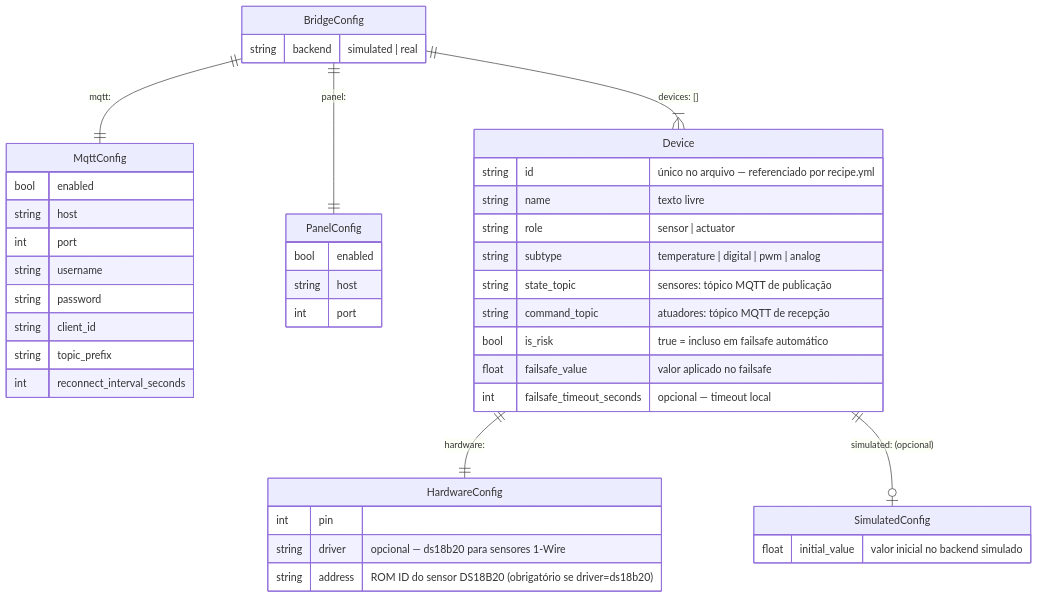
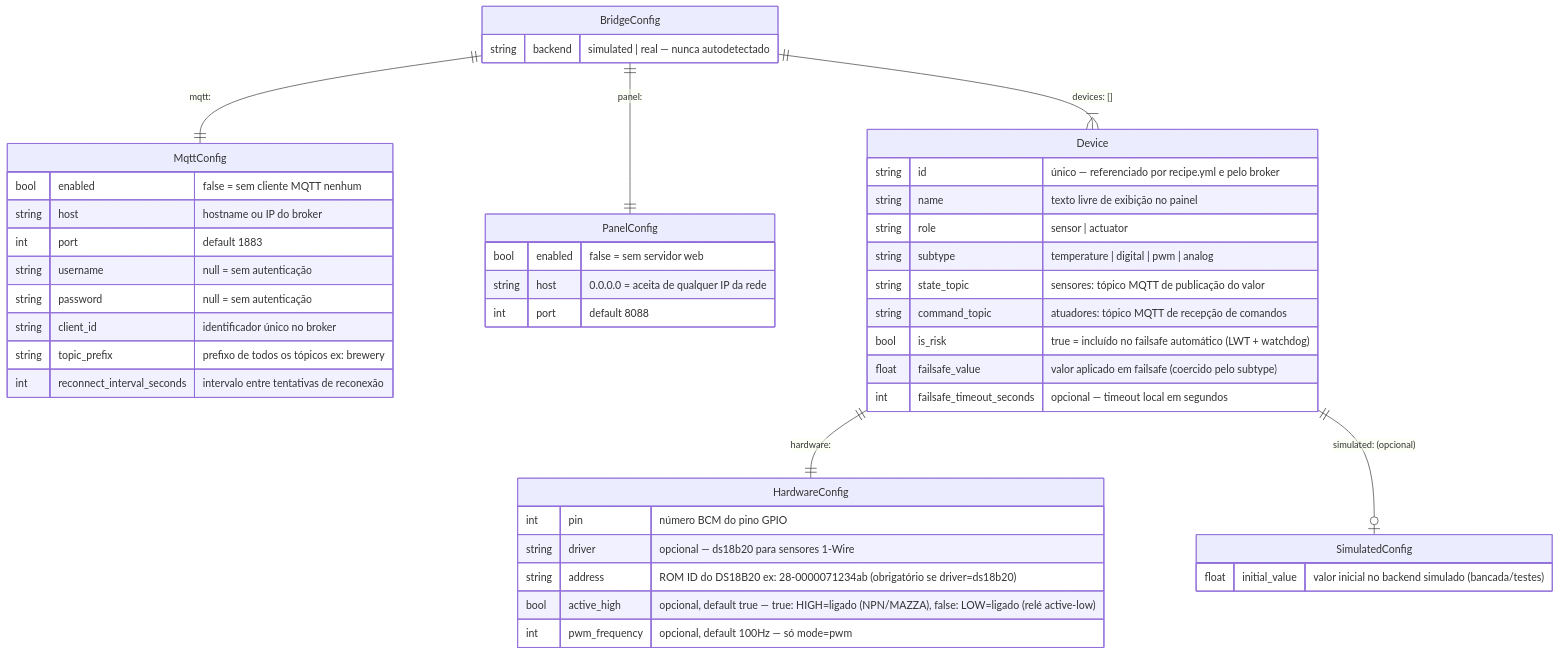
The first of 5 diagrams in docs/technical/04-modelo-de-dados.md (ChristopherNicolasSMM/Tesseract-Device-Bridge), drawn with Mermaid before and after one commit. The commit also changed other lines of this file and 9 other files, not shown here.

Commit message:
Docs: atualiza todos os .md com GPIO, logs, servico, ER e casos de uso

````diff
--- a/docs/technical/04-modelo-de-dados.md
+++ b/docs/technical/04-modelo-de-dados.md
@@ -10,46 +16,48 @@
 ```mermaid
 erDiagram
     BridgeConfig {
-        string backend "simulated | real"
+        string backend "simulated | real — nunca autodetectado"
     }
     MqttConfig {
-        bool enabled
-        string host
-        int port
-        string username
-        string password
-        string client_id
-        string topic_prefix
-        int reconnect_interval_seconds
+        bool enabled "false = sem cliente MQTT nenhum"
+        string host "hostname ou IP do broker"
+        int port "default 1883"
+        string username "null = sem autenticação"
+        string password "null = sem autenticação"
+        string client_id "identificador único no broker"
+        string topic_prefix "prefixo de todos os tópicos ex: brewery"
+        int reconnect_interval_seconds "intervalo entre tentativas de reconexão"
     }
     PanelConfig {
-        bool enabled
-        string host
-        int port
+        bool enabled "false = sem servidor web"
+        string host "0.0.0.0 = aceita de qualquer IP da rede"
+        int port "default 8088"
     }
     Device {
-        string id "único no arquivo — referenciado por recipe.yml"
-        string name "texto livre"
+        string id "único — referenciado por recipe.yml e pelo broker"
+        string name "texto livre de exibição no painel"
         string role "sensor | actuator"
         string subtype "temperature | digital | pwm | analog"
-        string state_topic "sensores: tópico MQTT de publicação"
-        string command_topic "atuadores: tópico MQTT de recepção"
-        bool is_risk "true = incluso em failsafe automático"
-        float failsafe_value "valor aplicado no failsafe"
-        int failsafe_timeout_seconds "opcional — timeout local"
+        string state_topic "sensores: tópico MQTT de publicação do valor"
+        string command_topic "atuadores: tópico MQTT de recepção de comandos"
+        bool is_risk "true = incluído no failsafe automático (LWT + watchdog)"
+        float failsafe_value "valor aplicado em failsafe (coercido pelo subtype)"
+        int failsafe_timeout_seconds "opcional — timeout local em segundos"
     }
     HardwareConfig {
-        int pin
+        int pin "número BCM do pino GPIO"
         string driver "opcional — ds18b20 para sensores 1-Wire"
-        string address "ROM ID do sensor DS18B20 (obrigatório se driver=ds18b20)"
+        string address "ROM ID do DS18B20 ex: 28-0000071234ab (obrigatório se driver=ds18b20)"
+        bool active_high "opcional, default true — true: HIGH=ligado (NPN/MAZZA), false: LOW=ligado (relé active-low)"
+        int pwm_frequency "opcional, default 100Hz — só mode=pwm"
     }
     SimulatedConfig {
-        float initial_value "valor inicial no backend simulado"
+        float initial_value "valor inicial no backend simulado (bancada/testes)"
     }
 
     BridgeConfig ||--|| MqttConfig : "mqtt:"
     BridgeConfig ||--|| PanelConfig : "panel:"
     BridgeConfig ||--|{ Device : "devices: []"
     Device ||--|| HardwareConfig : "hardware:"
     Device ||--o| SimulatedConfig : "simulated: (opcional)"
 ```
````
